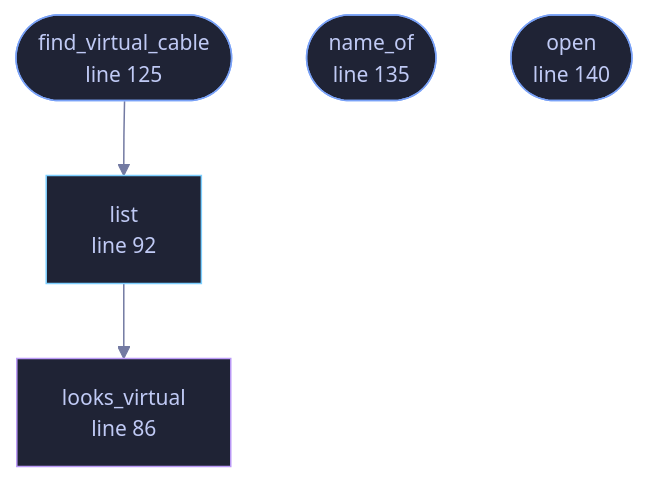
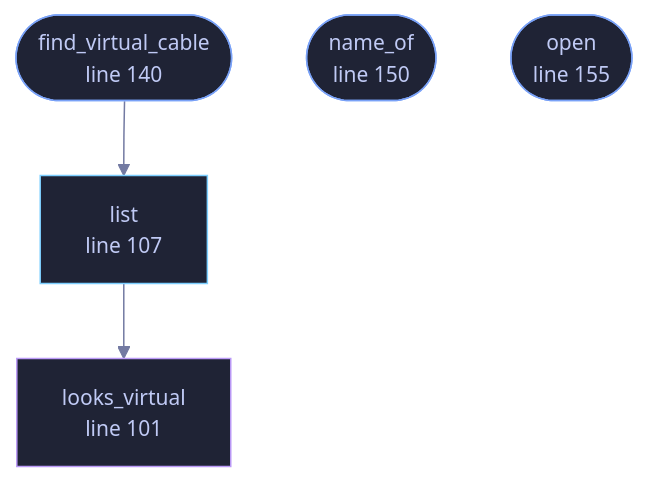
One commit to tilas01/veilvoice changed the diagram in docs/files/veilvoice-audio/devices.md. Above: the diagram before and after it, drawn with Mermaid. The commit also changed other lines of this file and 487 other files, not shown here.

````diff
--- a/docs/files/veilvoice-audio/devices.md
+++ b/docs/files/veilvoice-audio/devices.md
@@ -100,22 +116,22 @@
 ```mermaid
 %%{init: {"theme":"base","themeVariables":{"background":"#1a1b26","primaryColor":"#1f2335","primaryTextColor":"#c0caf5","primaryBorderColor":"#7aa2f7","secondaryColor":"#16161e","tertiaryColor":"#16161e","lineColor":"#737aa2","textColor":"#c0caf5","mainBkg":"#1f2335","nodeBorder":"#7aa2f7","clusterBkg":"#16161e","clusterBorder":"#2f3549","fontFamily":"ui-monospace, SFMono-Regular, Consolas, monospace","fontSize":"14px"}}}%%
 flowchart TD
-    n_looks_virtual["looks_virtual<br/>line 86"]
-    n_list["list<br/>line 92"]
-    n_find_virtual_cable(["find_virtual_cable<br/>line 125"])
-    n_name_of(["name_of<br/>line 135"])
-    n_open(["open<br/>line 140"])
+    n_looks_virtual["looks_virtual<br/>line 101"]
+    n_list["list<br/>line 107"]
+    n_find_virtual_cable(["find_virtual_cable<br/>line 140"])
+    n_name_of(["name_of<br/>line 150"])
+    n_open(["open<br/>line 155"])
     n_find_virtual_cable --> n_list
     n_list --> n_looks_virtual
-    click n_looks_virtual href "https://github.com/tilas01/veilvoice/blob/main/crates/veilvoice-audio/src/devices.rs#L86" "open the source"
-    click n_list href "https://github.com/tilas01/veilvoice/blob/main/crates/veilvoice-audio/src/devices.rs#L92" "open the source"
-    click n_find_virtual_cable href "https://github.com/tilas01/veilvoice/blob/main/crates/veilvoice-audio/src/devices.rs#L125" "open the source"
-    click n_name_of href "https://github.com/tilas01/veilvoice/blob/main/crates/veilvoice-audio/src/devices.rs#L135" "open the source"
-    click n_open href "https://github.com/tilas01/veilvoice/blob/main/crates/veilvoice-audio/src/devices.rs#L140" "open the source"
+    click n_looks_virtual href "https://github.com/tilas01/veilvoice/blob/main/crates/veilvoice-audio/src/devices.rs#L101" "open the source"
+    click n_list href "https://github.com/tilas01/veilvoice/blob/main/crates/veilvoice-audio/src/devices.rs#L107" "open the source"
+    click n_find_virtual_cable href "https://github.com/tilas01/veilvoice/blob/main/crates/veilvoice-audio/src/devices.rs#L140" "open the source"
+    click n_name_of href "https://github.com/tilas01/veilvoice/blob/main/crates/veilvoice-audio/src/devices.rs#L150" "open the source"
+    click n_open href "https://github.com/tilas01/veilvoice/blob/main/crates/veilvoice-audio/src/devices.rs#L155" "open the source"
     classDef entry fill:#1f2335,stroke:#7aa2f7,color:#c0caf5
     class n_find_virtual_cable,n_name_of,n_open entry
     classDef api fill:#1f2335,stroke:#7dcfff,color:#c0caf5
     class n_list api
     classDef helper fill:#1f2335,stroke:#bb9af7,color:#c0caf5
     class n_looks_virtual helper
 ```
````
